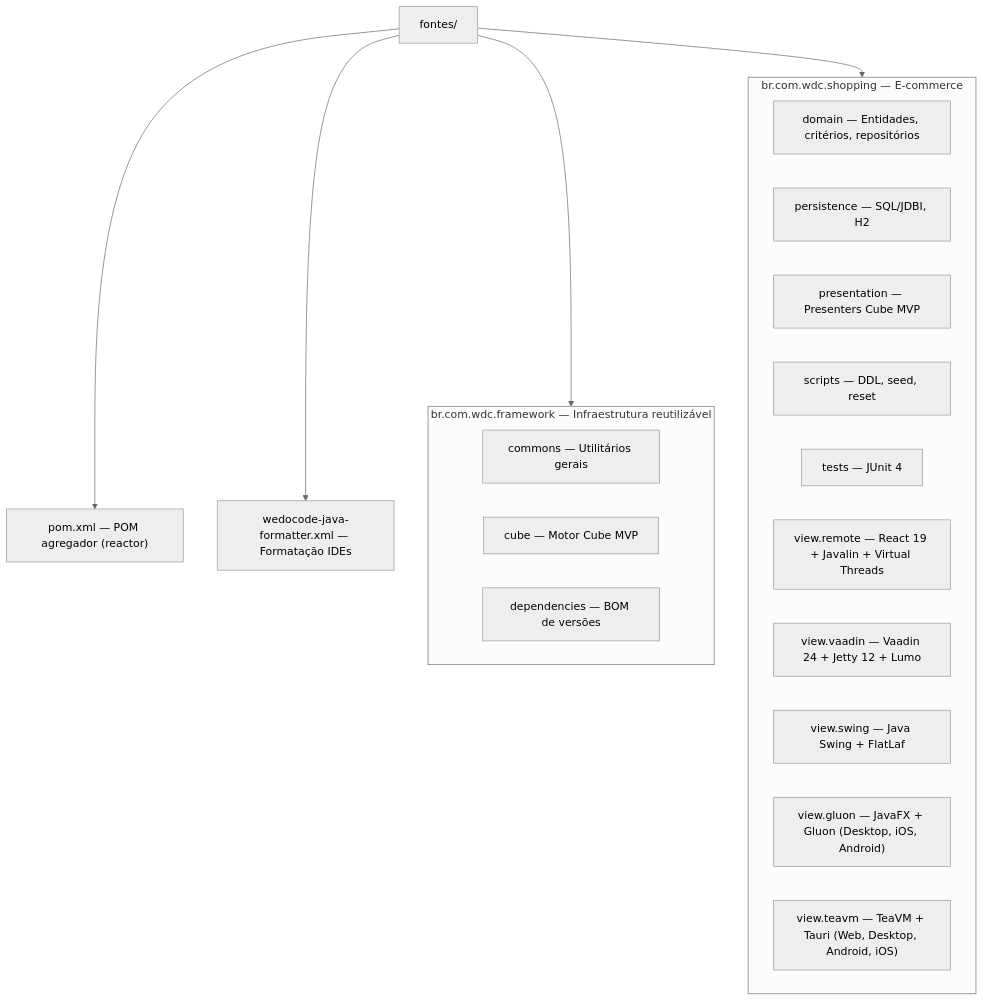
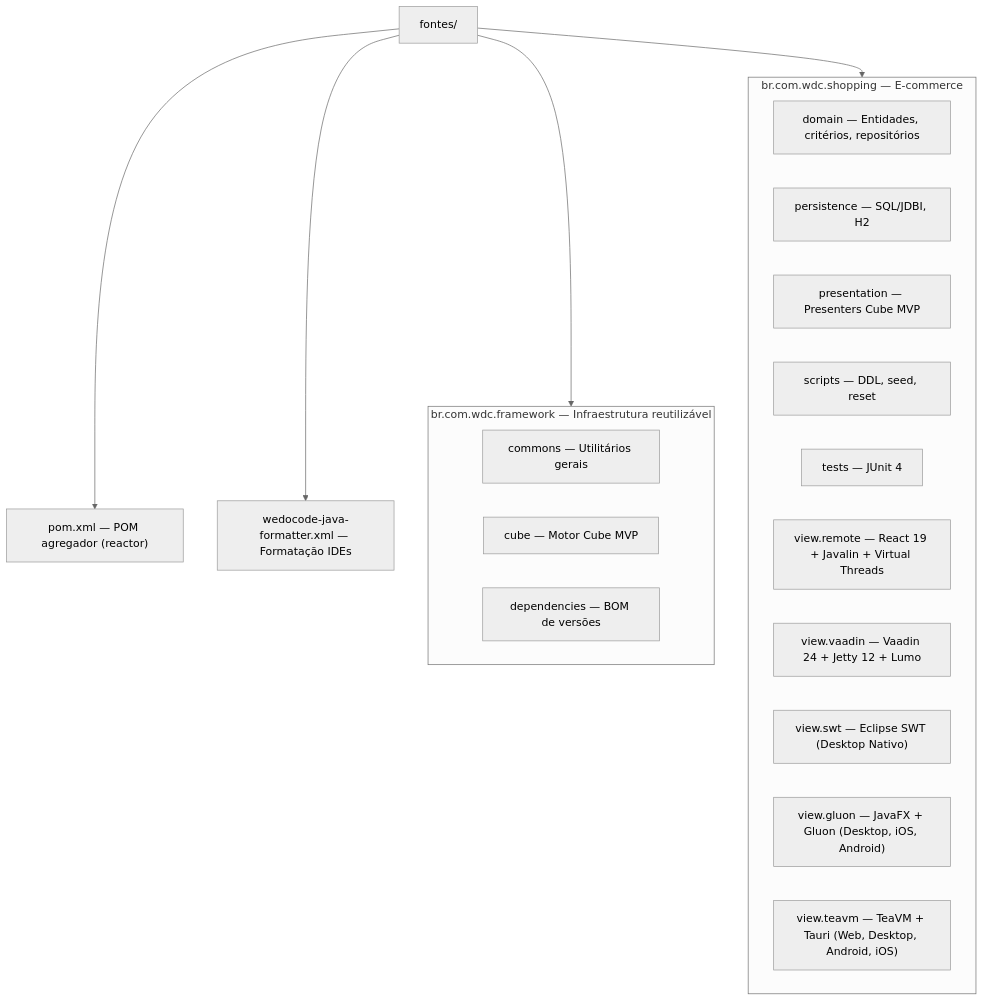
One commit to mrcdom/wdc-cube-java-v2 changed the diagram in fontes/README.md. Above: the diagram before and after it, drawn with Mermaid (neutral theme). The commit also changed other lines of this file and 7 other files, not shown here.

Commit message:
♻️ [REFACTOR] substitui referências a Swing por SWT (desktop nativo) e remove módulo swing do reactor

````diff
--- a/fontes/README.md
+++ b/fontes/README.md
@@ -9,30 +9,30 @@
 ```mermaid
 graph TD
     fontes["fontes/"]
     pom["pom.xml — POM agregador (reactor)"]
     formatter["wedocode-java-formatter.xml — Formatação IDEs"]
 
     subgraph Framework["br.com.wdc.framework — Infraestrutura reutilizável"]
         fwCommons["commons — Utilitários gerais"]
         fwCube["cube — Motor Cube MVP"]
         fwDeps["dependencies — BOM de versões"]
     end
 
     subgraph Shopping["br.com.wdc.shopping — E-commerce"]
         domain["domain — Entidades, critérios, repositórios"]
         persistence["persistence — SQL/JDBI, H2"]
         presentation["presentation — Presenters Cube MVP"]
         scripts["scripts — DDL, seed, reset"]
         tests["tests — JUnit 4"]
         viewReact["view.remote — React 19 + Javalin + Virtual Threads"]
         viewVaadin["view.vaadin — Vaadin 24 + Jetty 12 + Lumo"]
-        viewSwing["view.swing — Java Swing + FlatLaf"]
+        viewSwt["view.swt — Eclipse SWT (Desktop Nativo)"]
         viewGluon["view.gluon — JavaFX + Gluon (Desktop, iOS, Android)"]
         viewTeavm["view.teavm — TeaVM + Tauri (Web, Desktop, Android, iOS)"]
     end
 
     fontes --> pom
     fontes --> formatter
     fontes --> Framework
     fontes --> Shopping
 ```
````
